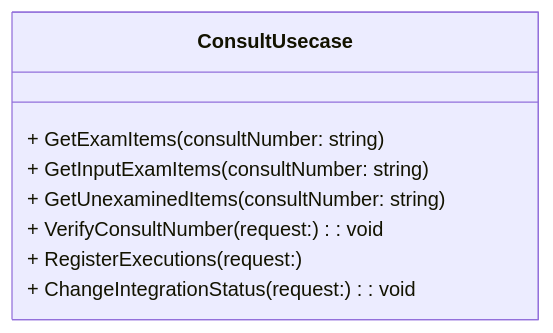
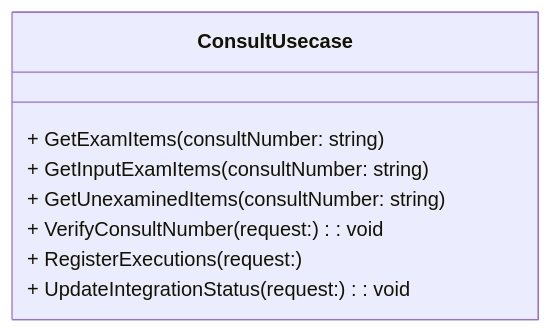
Before and after one commit to MrWangpeilin945/FlutterIOS: diagram 14 of 33 in Documents/API設計書/src/docs/5_ユースケース.adoc, drawn with Mermaid. The commit also changed other lines of this file, not shown here.

```diff
--- a/Documents/API設計書/src/docs/5_ユースケース.adoc
+++ b/Documents/API設計書/src/docs/5_ユースケース.adoc
@@ -232,12 +231,12 @@
 [mermaid,Consult-u-cd,png]
 ----
 classDiagram
 class ConsultUsecase {
   + GetExamItems(consultNumber: string)
   + GetInputExamItems(consultNumber: string)
   + GetUnexaminedItems(consultNumber: string)
   + VerifyConsultNumber(request: ): void
   + RegisterExecutions(request: )
-  + ChangeIntegrationStatus(request: ): void
+  + UpdateIntegrationStatus(request: ): void
 }
 ----
```
